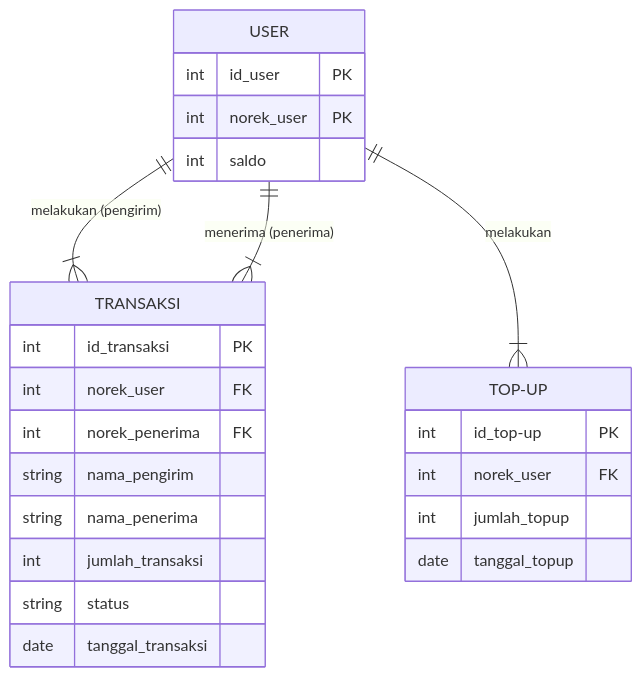
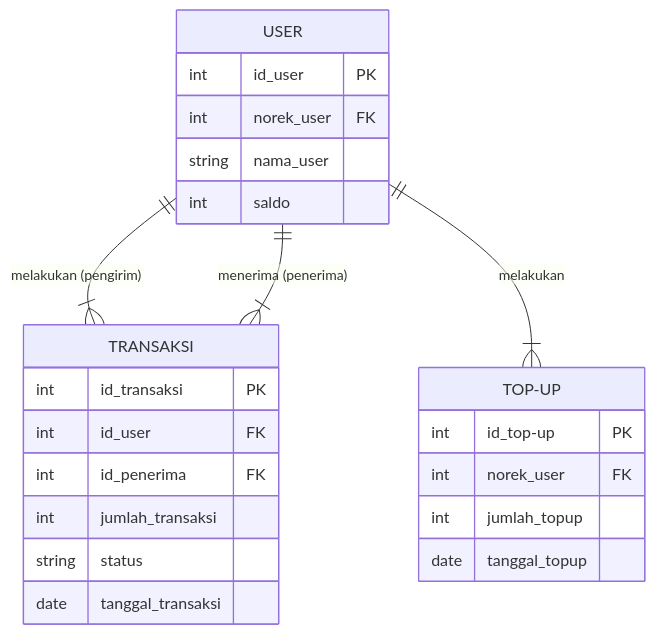
Before and after one commit to dev-Flone/koda-b1-db2: the diagram in erd-ewallet.md, drawn with Mermaid.

Commit message:
fix: redundant

````diff
--- a/erd-ewallet.md
+++ b/erd-ewallet.md
@@ -2,31 +2,30 @@
 ``` mermaid
 erDiagram
     direction TB
 
     USER ||--|{ TRANSAKSI: "melakukan (pengirim)"
     USER ||--|{ TRANSAKSI: "menerima (penerima)"
     USER ||--|{ TOP-UP: melakukan
 
     TRANSAKSI {
         int id_transaksi PK
-        int norek_user FK
-        int norek_penerima FK
-        string nama_pengirim
-        string nama_penerima
+        int id_user FK
+        int id_penerima FK
         int jumlah_transaksi
         string status
         date tanggal_transaksi
     }
     TOP-UP {
         int id_top-up PK
         int norek_user FK
         int jumlah_topup
         date tanggal_topup
     }
     USER {
         int id_user PK
-        int norek_user PK
+        int norek_user FK
+        string nama_user
         int saldo
     }
 
 ```
````
